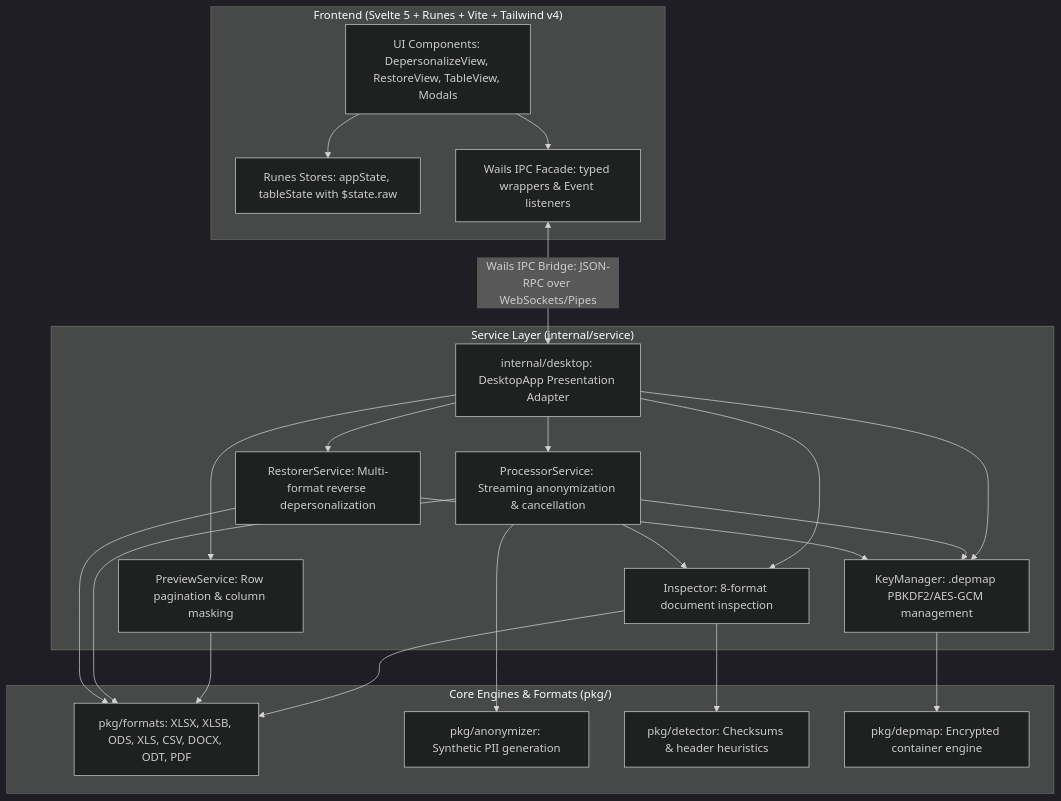
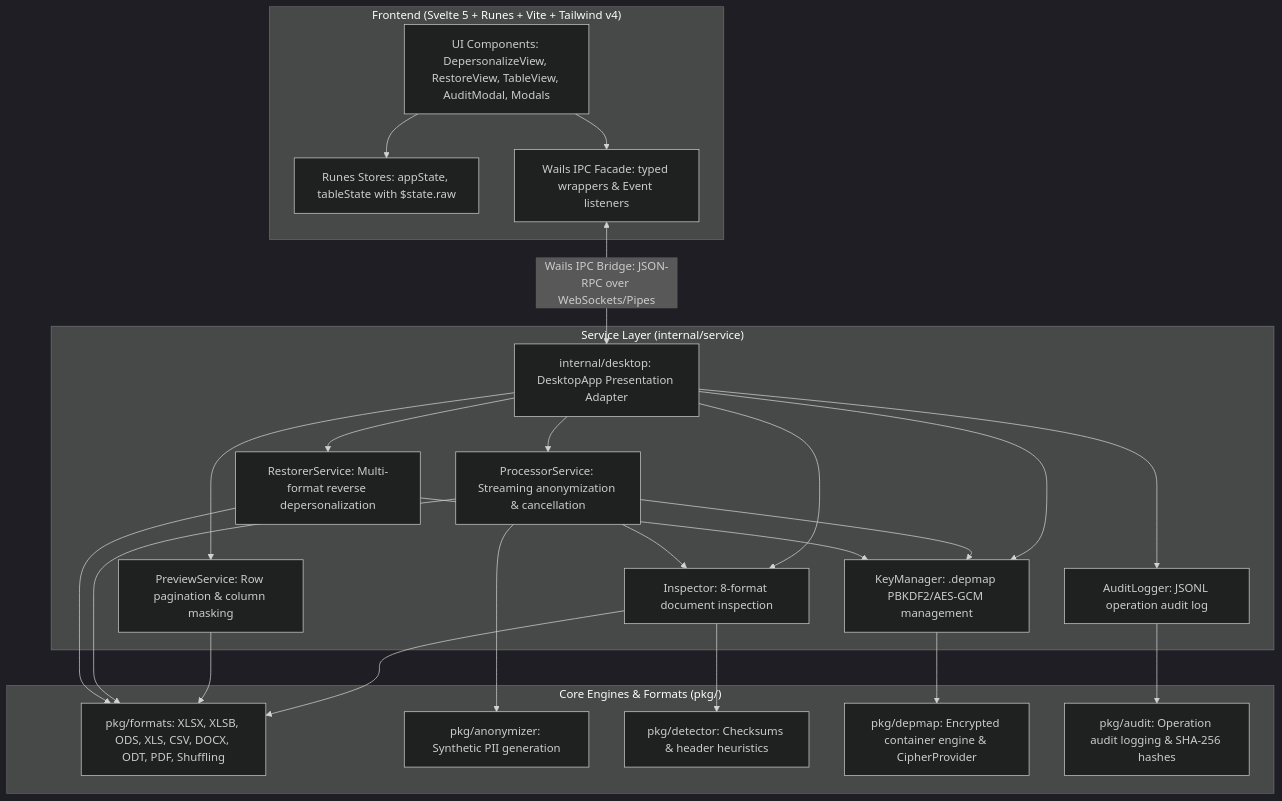
Before and after one commit to Nuteres/depersonalization-service: the diagram in docs/ARCHITECTURE.md, drawn with Mermaid (dark theme). The commit also changed other lines of this file and 7 other files, not shown here.

````diff
--- a/docs/ARCHITECTURE.md
+++ b/docs/ARCHITECTURE.md
@@ -11,33 +11,35 @@
 ```mermaid
 graph TD
     subgraph "Frontend (Svelte 5 + Runes + Vite + Tailwind v4)"
-        UI[UI Components: DepersonalizeView, RestoreView, TableView, Modals]
+        UI[UI Components: DepersonalizeView, RestoreView, TableView, AuditModal, Modals]
         Stores[Runes Stores: appState, tableState with $state.raw]
         Facade[Wails IPC Facade: typed wrappers & Event listeners]
         UI --> Stores
         UI --> Facade
     end
 
     Facade <-->|Wails IPC Bridge: JSON-RPC over WebSockets/Pipes| Adapter[internal/desktop: DesktopApp Presentation Adapter]
 
     subgraph "Service Layer (internal/service)"
         Adapter --> Insp[Inspector: 8-format document inspection]
         Adapter --> Prev[PreviewService: Row pagination & column masking]
         Adapter --> Proc[ProcessorService: Streaming anonymization & cancellation]
         Adapter --> KM[KeyManager: .depmap PBKDF2/AES-GCM management]
         Adapter --> Rest[RestorerService: Multi-format reverse depersonalization]
+        Adapter --> AuditSvc[AuditLogger: JSONL operation audit log]
         Proc --> KM
         Proc --> Insp
         Rest --> KM
     end
 
     subgraph "Core Engines & Formats (pkg/)"
-        Insp --> Formats[pkg/formats: XLSX, XLSB, ODS, XLS, CSV, DOCX, ODT, PDF]
+        Insp --> Formats[pkg/formats: XLSX, XLSB, ODS, XLS, CSV, DOCX, ODT, PDF, Shuffling]
         Prev --> Formats
         Proc --> Formats
         Rest --> Formats
         Proc --> Anonymizer[pkg/anonymizer: Synthetic PII generation]
         Insp --> Detector[pkg/detector: Checksums & header heuristics]
-        KM --> DepMap[pkg/depmap: Encrypted container engine]
+        KM --> DepMap[pkg/depmap: Encrypted container engine & CipherProvider]
+        AuditSvc --> AuditPkg[pkg/audit: Operation audit logging & SHA-256 hashes]
     end
 ```
````
